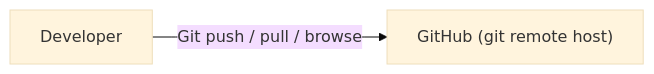
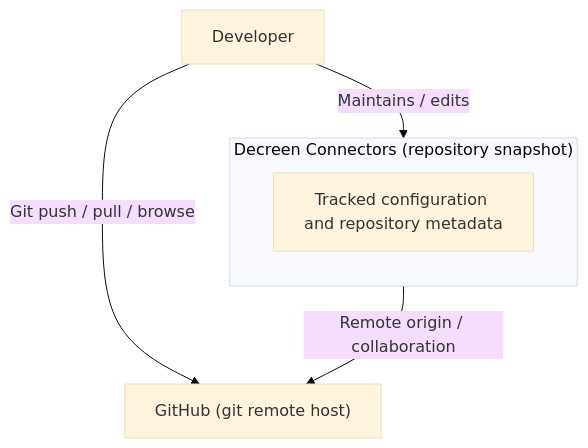
One commit to Decreen/decreen-connectors changed the diagram in docs/c4-live.mermaid.md. Above: the diagram before and after it, drawn with Mermaid (base theme). The commit also changed 3 other files, not shown here.

````diff
--- a/docs/c4-live.mermaid.md
+++ b/docs/c4-live.mermaid.md
@@ -3,6 +3,11 @@
 ```mermaid
-flowchart LR
+flowchart TB
   actor_dev["Developer"]
   ext_github["GitHub (git remote host)"]
+  subgraph sys_connectors["Decreen Connectors (repository snapshot)"]
+    container_tracked["Tracked configuration and repository metadata"]
+  end
+  actor_dev -->|"Maintains / edits"| sys_connectors
+  sys_connectors -->|"Remote origin / collaboration"| ext_github
   actor_dev -->|"Git push / pull / browse"| ext_github
 ```
````
